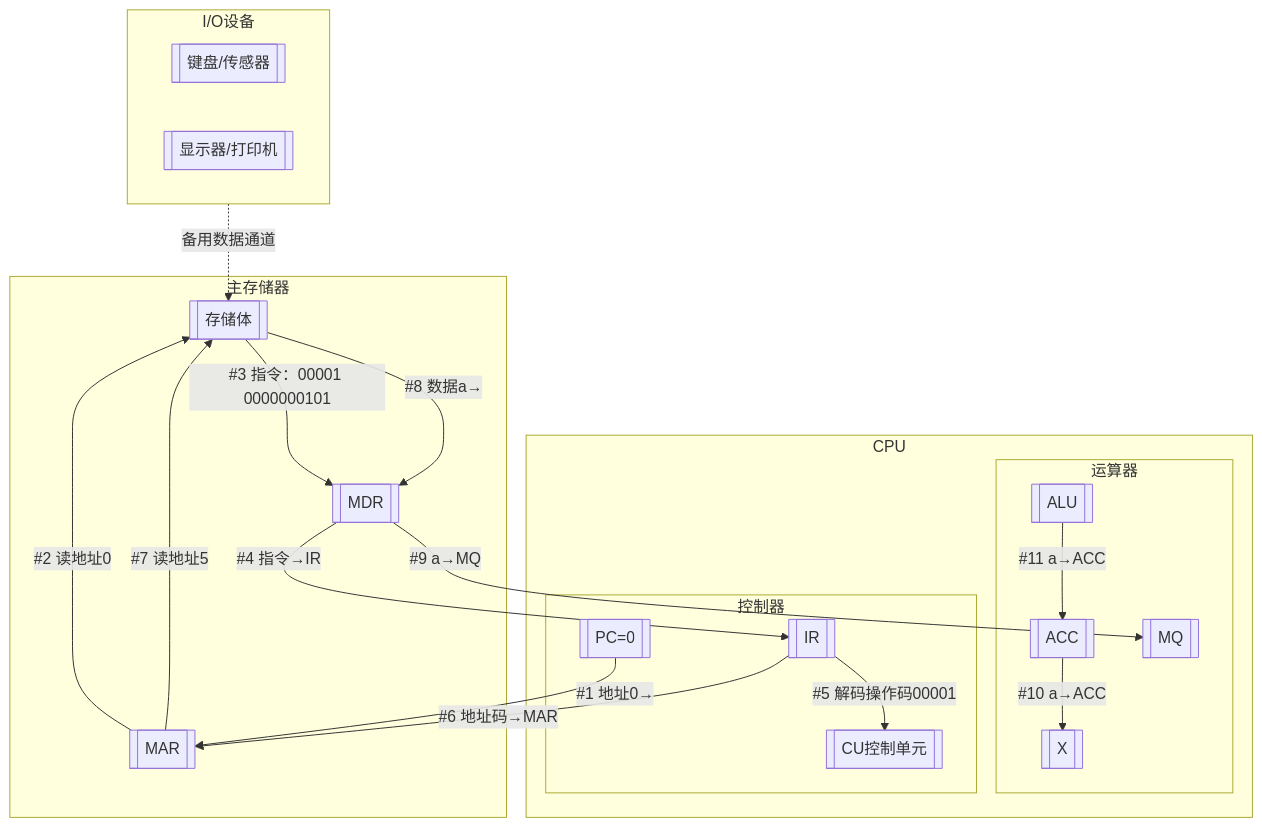
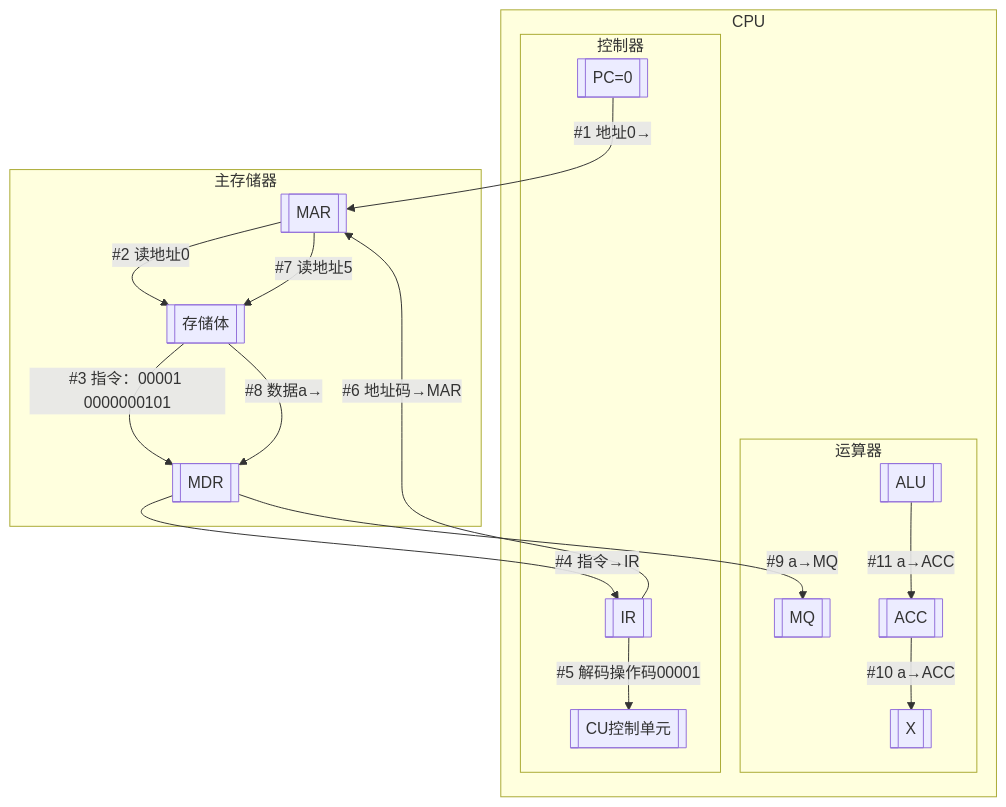
One commit to pqqqYa/electronic-tombstonev changed the diagram in 计算机组成原理/01.第1章 计算机系统概述.md. Above: the diagram before and after it, drawn with Mermaid. The commit also changed other lines of this file and 3 other files, not shown here.

```diff
--- a/计算机组成原理/01.第1章 计算机系统概述.md
+++ b/计算机组成原理/01.第1章 计算机系统概述.md
@@ -100,62 +93,55 @@
 ~~~mermaid
 flowchart TD
     %% 三大功能模块定义
     subgraph CPU["CPU"]
         subgraph 运算器["运算器"]
             ACC[["ACC"]]
             ALU[["ALU"]]
             MQ[["MQ"]]
             X[["X"]]
         end
         subgraph 控制器["控制器"]
             PC[["PC=0"]]
             IR[["IR"]]
             CU控制单元[["CU控制单元"]]
         end
     end
   
 
     subgraph 主存储器["主存储器"]
         存储体[["存储体"]]
         MAR_M[["MAR"]]
         MDR_M[["MDR"]]
     end
 
   
-
-    subgraph IO["I/O设备"]
-        输入设备[["键盘/传感器"]]
-        输出设备[["显示器/打印机"]]
-    end
 
   
 
     %% 数据流与控制流
     classDef cpu fill:#e6f3ff,stroke:#3399ff
     classDef mem fill:#f0f0f0,stroke:#666
     classDef io fill:#e8ffe6,stroke:#33cc33
     class CPU,主存储器,IO cpu,mem,io
 
   
 
     %% 取指令阶段
 
     PC-->|"#1 地址0→"| MAR_M
     MAR_M-->|"#2 读地址0"| 存储体
     存储体-->|"#3 指令：00001 0000000101"| MDR_M
     MDR_M-->|"#4 指令→IR"| IR
     IR-->|"#5 解码操作码00001"| CU控制单元
   
 
     %% 取操作数阶段（蓝色箭头）
 
     IR-->|"#6 地址码→MAR"| MAR_M
     MAR_M-->|"#7 读地址5"| 存储体
     存储体-->|"#8 数据a→"| MDR_M
     MDR_M-->|"#9 a→MQ"| MQ
     ACC-->|"#10 a→ACC"| X
     ALU-->|"#11 a→ACC"| ACC
 
-    %% I/O关联（虚线表示潜在交互）
-    IO-.->|"备用数据通道"| 存储体
 ~~~
```
